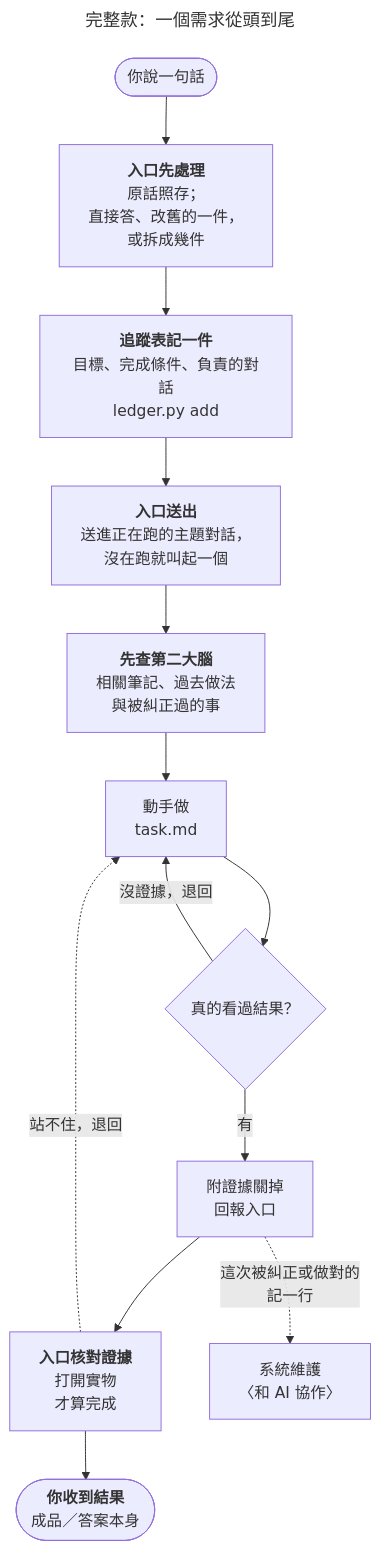
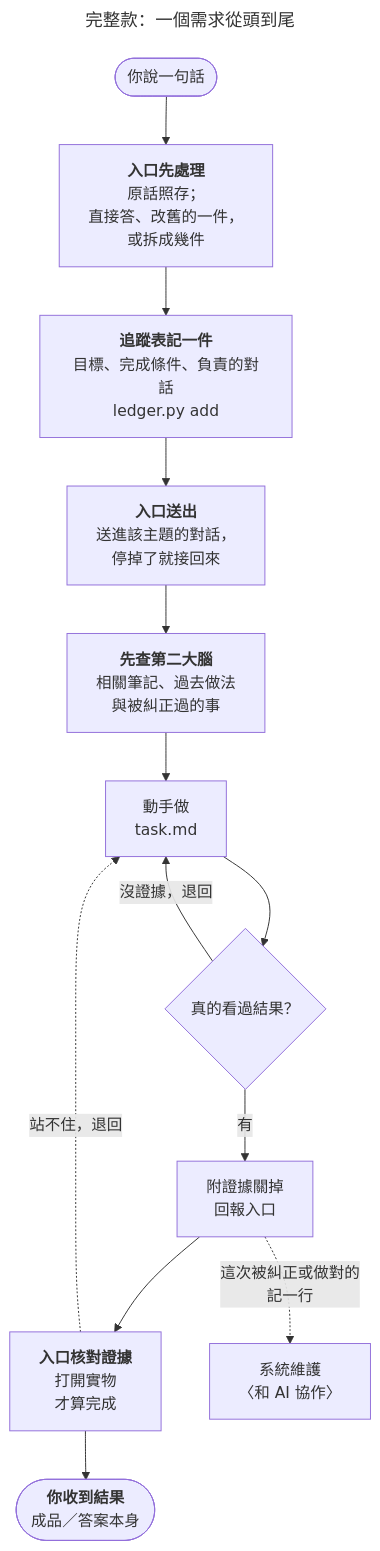
One commit to 0Smallcat0/second-brain-kit changed the second of 6 diagrams in docs/zh-TW/進階功能.md. Above: the diagram before and after it, drawn with Mermaid. The commit also changed other lines of this file and 47 other files, not shown here.

````diff
--- a/docs/zh-TW/進階功能.md
+++ b/docs/zh-TW/進階功能.md
@@ -128,18 +128,18 @@
 ```mermaid
 ---
 title: "完整款：一個需求從頭到尾"
 ---
 flowchart TD
   A(["你說一句話"]) --> P["<b>入口先處理</b><br/>原話照存；<br/>直接答、改舊的一件，<br/>或拆成幾件"]
   P --> B["<b>追蹤表記一件</b><br/>目標、完成條件、負責的對話<br/>ledger.py add"]
-  B --> C["<b>入口送出</b><br/>送進正在跑的主題對話，<br/>沒在跑就叫起一個"]
+  B --> C["<b>入口送出</b><br/>送進該主題的對話，<br/>停掉了就接回來"]
   C --> N["<b>先查第二大腦</b><br/>相關筆記、過去做法<br/>與被糾正過的事"]
   N --> W["動手做<br/>task.md"]
   W --> E{"真的看過結果？"}
   E -->|沒證據，退回| W
   E -->|有| F["附證據關掉<br/>回報入口"]
   F --> S["<b>入口核對證據</b><br/>打開實物<br/>才算完成"]
   S -.->|站不住，退回| W
   S --> G(["<b>你收到結果</b><br/>成品／答案本身"])
   F -.->|"這次被糾正或做對的<br/>記一行"| M["系統維護<br/>〈和 AI 協作〉"]
 ```
````
